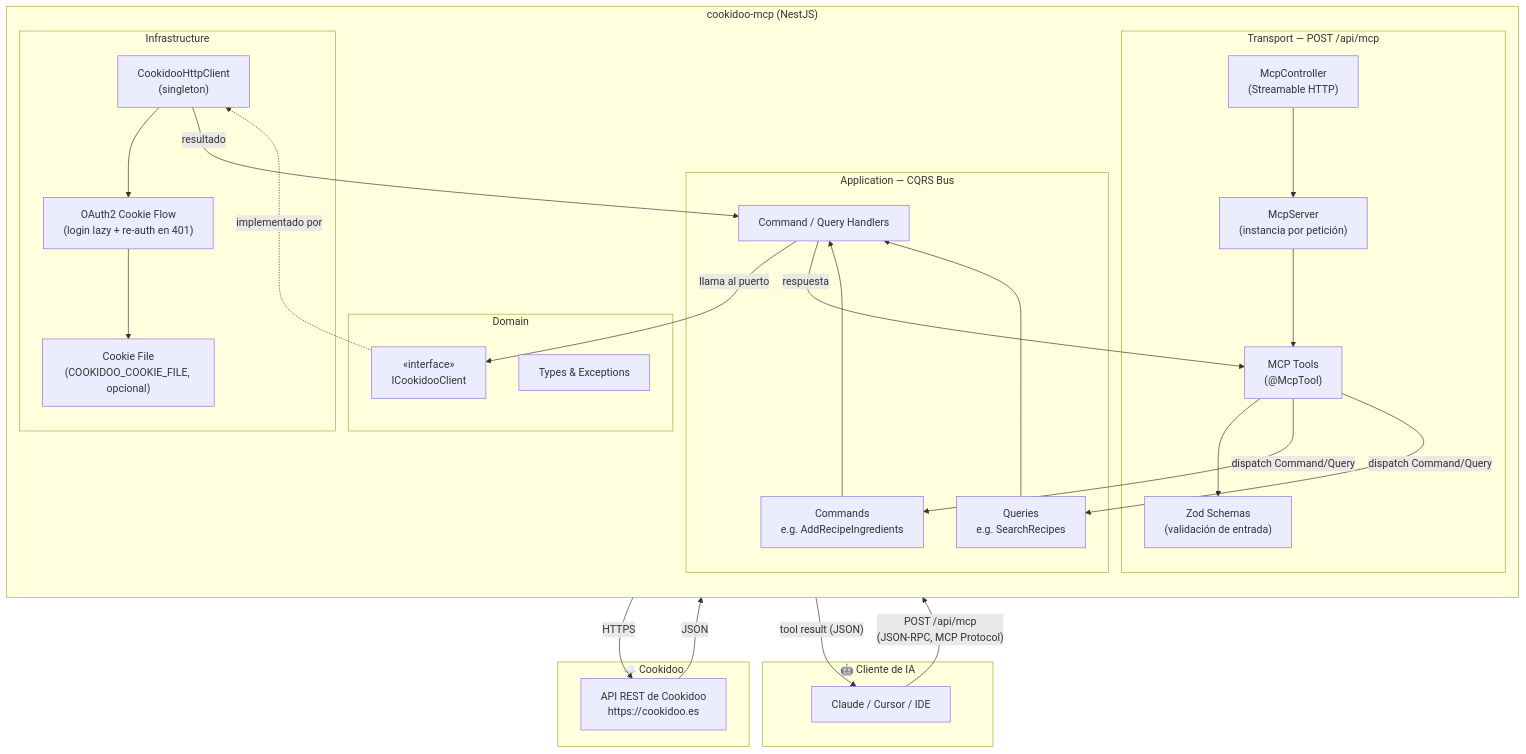
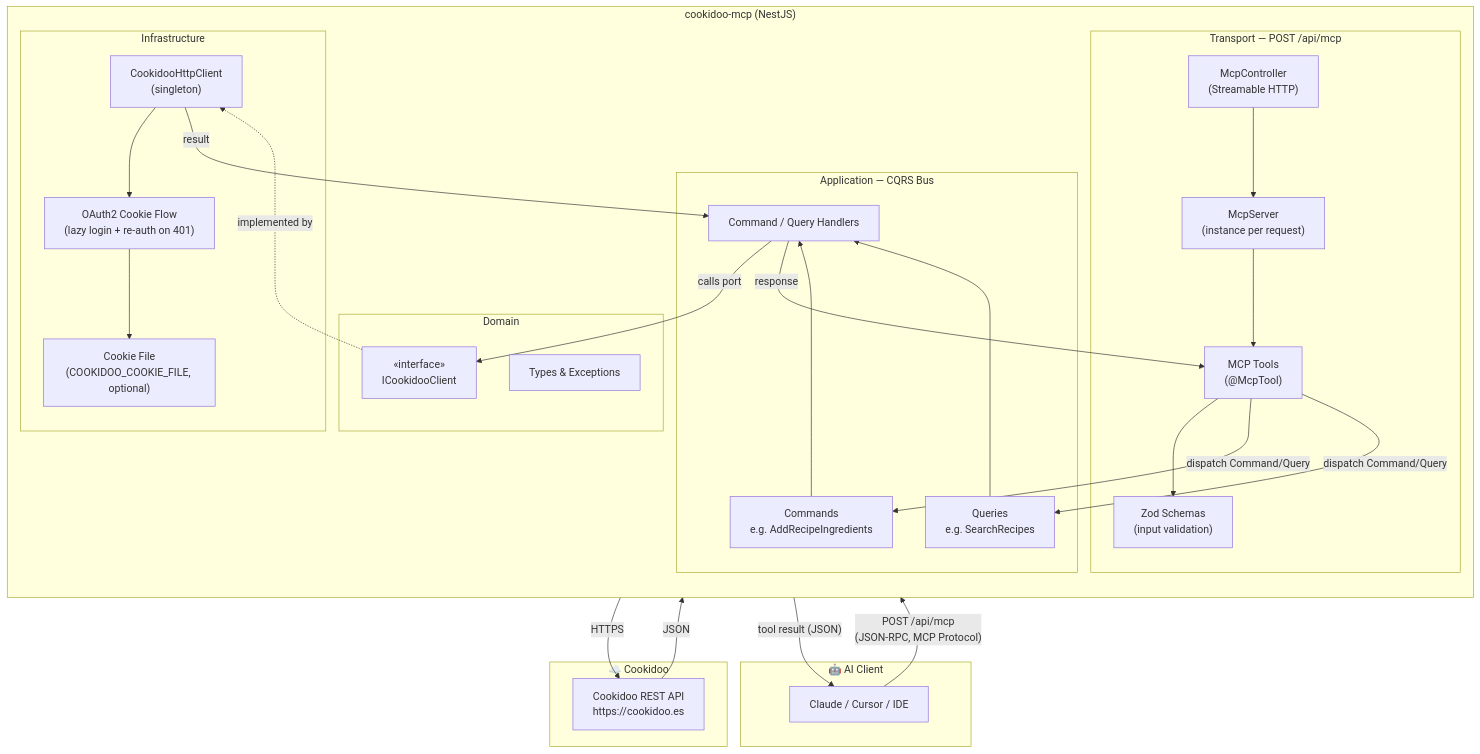
The first of 4 diagrams in docs/architecture.md (sisques-labs/cookidoo-mcp), drawn with Mermaid before and after one commit. The commit also changed other lines of this file, not shown here.

First line of the commit message:
docs: translate architecture diagram to English

````diff
--- a/docs/architecture.md
+++ b/docs/architecture.md
@@ -11,56 +11,56 @@
 ```mermaid
 flowchart TD
-    subgraph AI["🤖 Cliente de IA"]
+    subgraph AI["🤖 AI Client"]
         Claude["Claude / Cursor / IDE"]
     end
 
     subgraph Server["cookidoo-mcp (NestJS)"]
         direction TB
 
         subgraph Transport["Transport — POST /api/mcp"]
             Controller["McpController\n(Streamable HTTP)"]
-            McpServer["McpServer\n(instancia por petición)"]
+            McpServer["McpServer\n(instance per request)"]
             Tools["MCP Tools\n(@McpTool)"]
-            Zod["Zod Schemas\n(validación de entrada)"]
+            Zod["Zod Schemas\n(input validation)"]
         end
 
         subgraph Application["Application — CQRS Bus"]
             Commands["Commands\ne.g. AddRecipeIngredients"]
             Queries["Queries\ne.g. SearchRecipes"]
             Handlers["Command / Query Handlers"]
         end
 
         subgraph Domain["Domain"]
             Port["«interface»\nICookidooClient"]
             Types["Types & Exceptions"]
         end
 
         subgraph Infrastructure["Infrastructure"]
             HttpClient["CookidooHttpClient\n(singleton)"]
-            Auth["OAuth2 Cookie Flow\n(login lazy + re-auth en 401)"]
-            CookieFile["Cookie File\n(COOKIDOO_COOKIE_FILE, opcional)"]
+            Auth["OAuth2 Cookie Flow\n(lazy login + re-auth on 401)"]
+            CookieFile["Cookie File\n(COOKIDOO_COOKIE_FILE, optional)"]
         end
     end
 
     subgraph External["☁️ Cookidoo"]
-        CookidooAPI["API REST de Cookidoo\nhttps://cookidoo.es"]
+        CookidooAPI["Cookidoo REST API\nhttps://cookidoo.es"]
     end
 
     Claude -->|"POST /api/mcp\n(JSON-RPC, MCP Protocol)"| Controller
     Controller --> McpServer
     McpServer --> Tools
     Tools --> Zod
     Tools -->|"dispatch Command/Query"| Commands
     Tools -->|"dispatch Command/Query"| Queries
     Commands --> Handlers
     Queries --> Handlers
-    Handlers -->|"llama al puerto"| Port
-    Port -.->|"implementado por"| HttpClient
+    Handlers -->|"calls port"| Port
+    Port -.->|"implemented by"| HttpClient
     HttpClient --> Auth
     Auth --> CookieFile
     HttpClient -->|"HTTPS"| CookidooAPI
     CookidooAPI -->|"JSON"| HttpClient
-    HttpClient -->|"resultado"| Handlers
-    Handlers -->|"respuesta"| Tools
+    HttpClient -->|"result"| Handlers
+    Handlers -->|"response"| Tools
     Tools -->|"tool result (JSON)"| Claude
 ```
````
